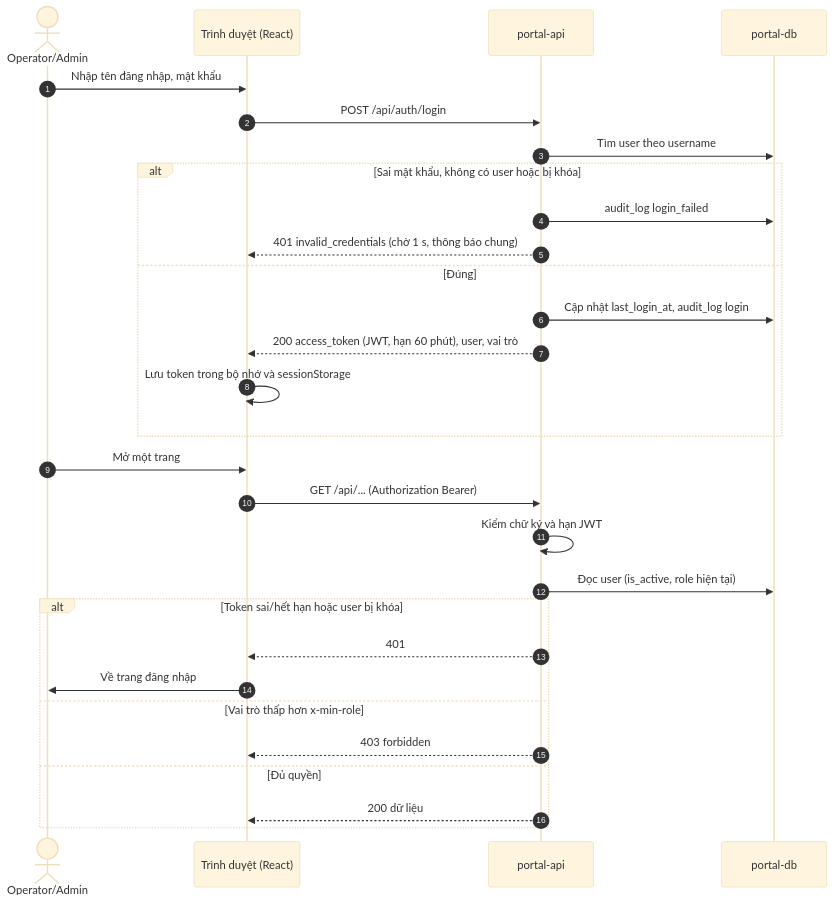
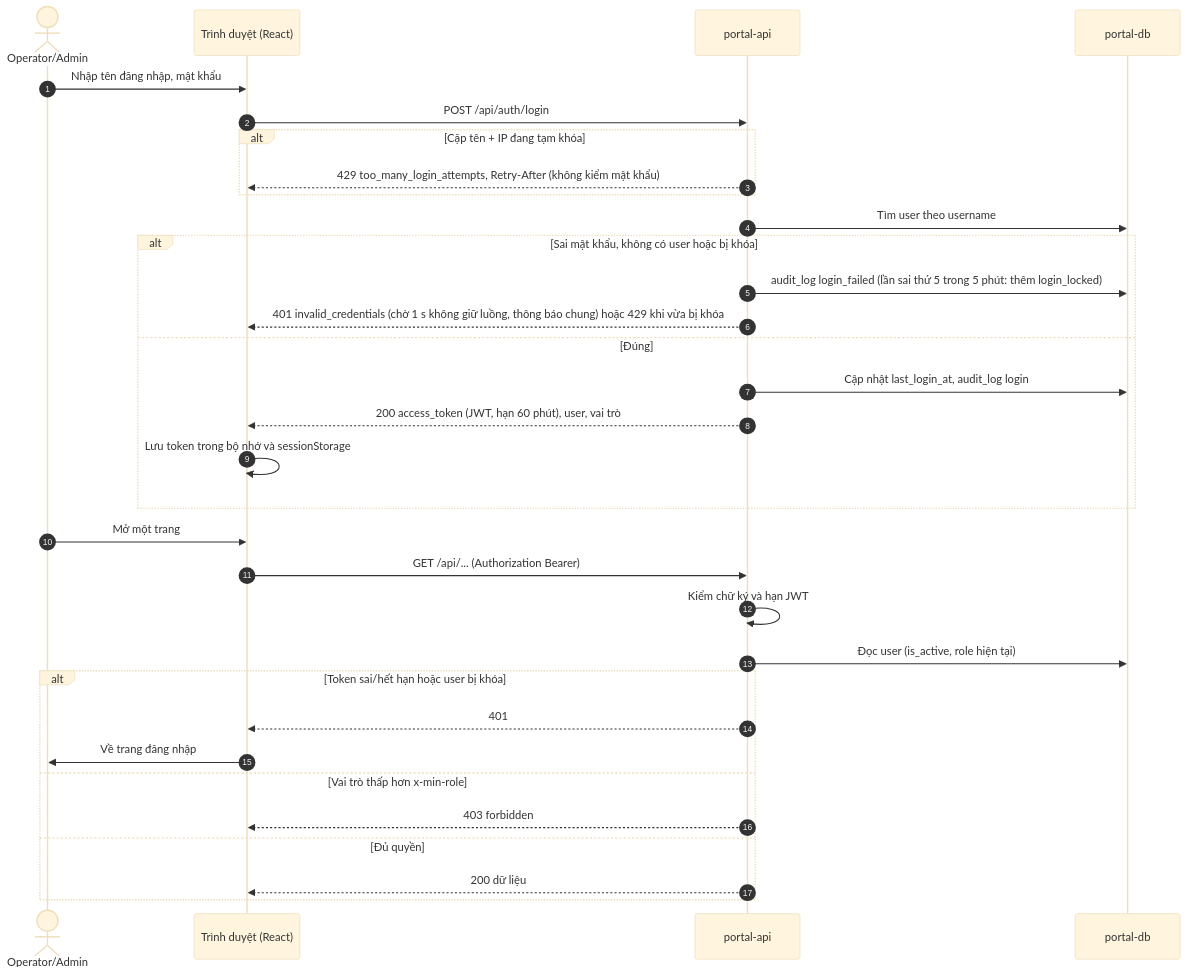
The first of 6 diagrams in docs/02-thiet-ke/so-do-tuan-tu.md (DT0712/uth-n47-observability), drawn with Mermaid (base theme) before and after one commit. The commit also changed 14 other files, not shown here.

First line of the commit message:
B3: tạm khóa đăng nhập sai theo cặp tên + IP, chờ không giữ luồng xử lý

````diff
--- a/docs/02-thiet-ke/so-do-tuan-tu.md
+++ b/docs/02-thiet-ke/so-do-tuan-tu.md
@@ -17,33 +17,36 @@
 ```mermaid
 sequenceDiagram
   autonumber
   actor U as Operator/Admin
   participant FE as Trình duyệt (React)
   participant API as portal-api
   participant DB as portal-db
 
   U->>FE: Nhập tên đăng nhập, mật khẩu
   FE->>API: POST /api/auth/login
+  alt Cặp tên + IP đang tạm khóa
+    API-->>FE: 429 too_many_login_attempts, Retry-After (không kiểm mật khẩu)
+  end
   API->>DB: Tìm user theo username
   alt Sai mật khẩu, không có user hoặc bị khóa
-    API->>DB: audit_log login_failed
-    API-->>FE: 401 invalid_credentials (chờ 1 s, thông báo chung)
+    API->>DB: audit_log login_failed (lần sai thứ 5 trong 5 phút: thêm login_locked)
+    API-->>FE: 401 invalid_credentials (chờ 1 s không giữ luồng, thông báo chung) hoặc 429 khi vừa bị khóa
   else Đúng
     API->>DB: Cập nhật last_login_at, audit_log login
     API-->>FE: 200 access_token (JWT, hạn 60 phút), user, vai trò
     FE->>FE: Lưu token trong bộ nhớ và sessionStorage
   end
 
   U->>FE: Mở một trang
   FE->>API: GET /api/... (Authorization Bearer)
   API->>API: Kiểm chữ ký và hạn JWT
   API->>DB: Đọc user (is_active, role hiện tại)
   alt Token sai/hết hạn hoặc user bị khóa
     API-->>FE: 401
     FE->>U: Về trang đăng nhập
   else Vai trò thấp hơn x-min-role
     API-->>FE: 403 forbidden
   else Đủ quyền
     API-->>FE: 200 dữ liệu
   end
 ```
````
